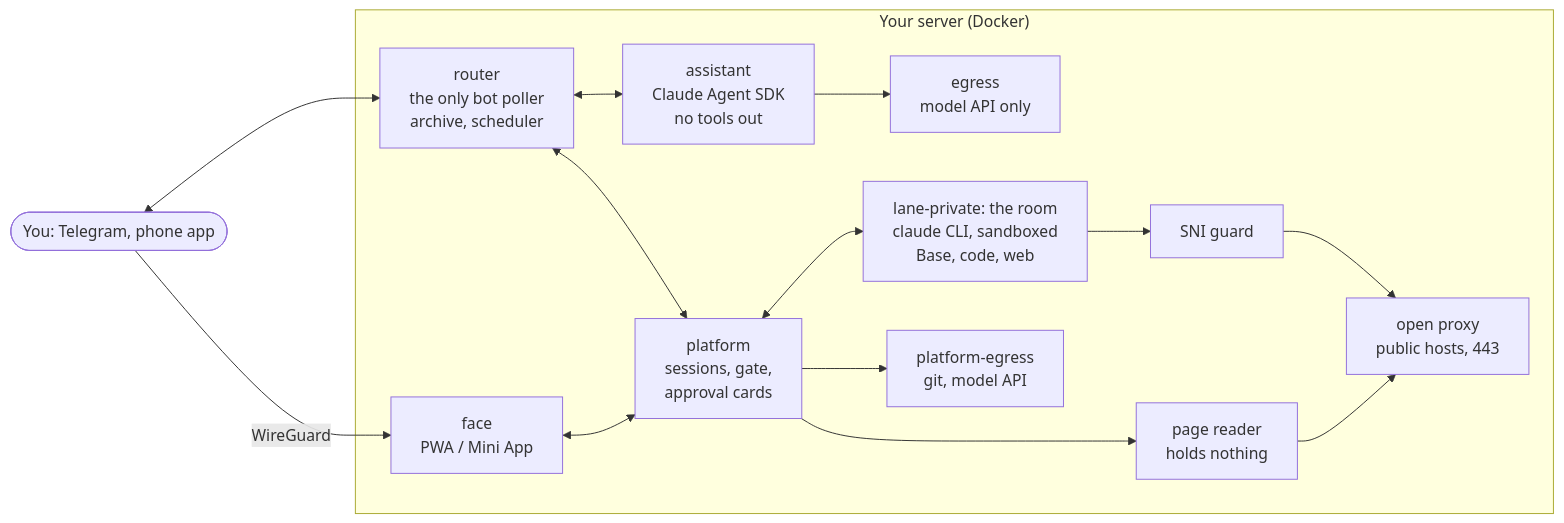
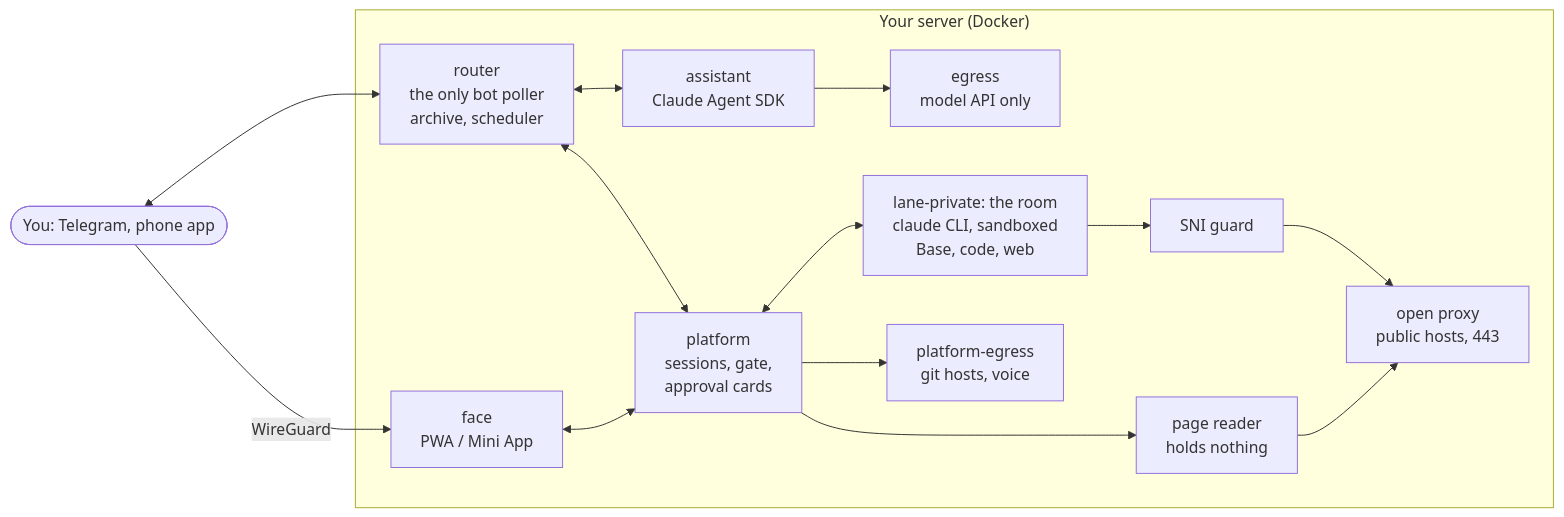
One commit to redikultsev/retinue changed the diagram in README.md. Above: the diagram before and after it, drawn with Mermaid. The commit also changed other lines of this file, not shown here.

````diff
--- a/README.md
+++ b/README.md
@@ -34,24 +62,24 @@
 ```mermaid
 flowchart LR
   you(["You: Telegram, phone app"])
   subgraph server["Your server (Docker)"]
     router["router<br/>the only bot poller<br/>archive, scheduler"]
-    assistant["assistant<br/>Claude Agent SDK<br/>no tools out"]
+    assistant["assistant<br/>Claude Agent SDK"]
     egress["egress<br/>model API only"]
     platform["platform<br/>sessions, gate,<br/>approval cards"]
     face["face<br/>PWA / Mini App"]
     room["lane-private: the room<br/>claude CLI, sandboxed<br/>Base, code, web"]
     sni["SNI guard"]
     reach["page reader<br/>holds nothing"]
     open["open proxy<br/>public hosts, 443"]
-    pegress["platform-egress<br/>git, model API"]
+    pegress["platform-egress<br/>git hosts, voice"]
   end
   you <--> router
   you -- WireGuard --> face
   router <--> assistant --> egress
   router <--> platform
   face <--> platform
   platform <--> room --> sni --> open
   platform --> reach --> open
   platform --> pegress
 ```
````
